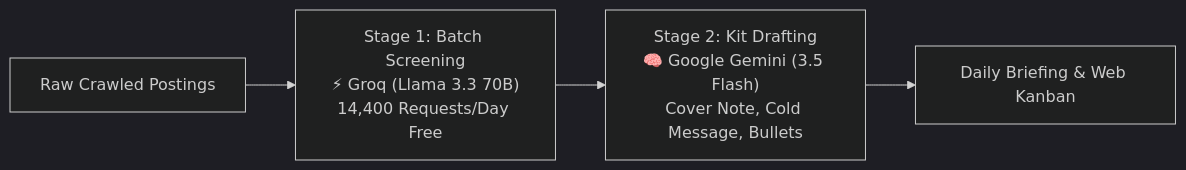
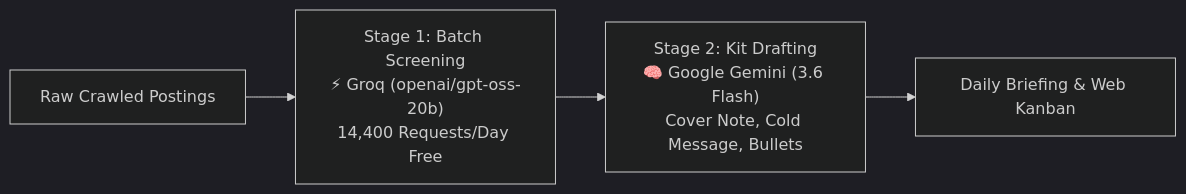
Before and after one commit to tanish-jain-225/job-hunter: the diagram in README.md, drawn with Mermaid (dark theme). The commit also changed other lines of this file and 30 other files, not shown here.

````diff
--- a/README.md
+++ b/README.md
@@ -257,6 +257,6 @@
 ```mermaid
 flowchart LR
-    A["Raw Crawled Postings"] --> B["Stage 1: Batch Screening<br/>⚡ Groq (Llama 3.3 70B)<br/>14,400 Requests/Day Free"]
-    B --> C["Stage 2: Kit Drafting<br/>🧠 Google Gemini (3.5 Flash)<br/>Cover Note, Cold Message, Bullets"]
+    A["Raw Crawled Postings"] --> B["Stage 1: Batch Screening<br/>⚡ Groq (openai/gpt-oss-20b)<br/>14,400 Requests/Day Free"]
+    B --> C["Stage 2: Kit Drafting<br/>🧠 Google Gemini (3.6 Flash)<br/>Cover Note, Cold Message, Bullets"]
     C --> D["Daily Briefing & Web Kanban"]
 ```
````
